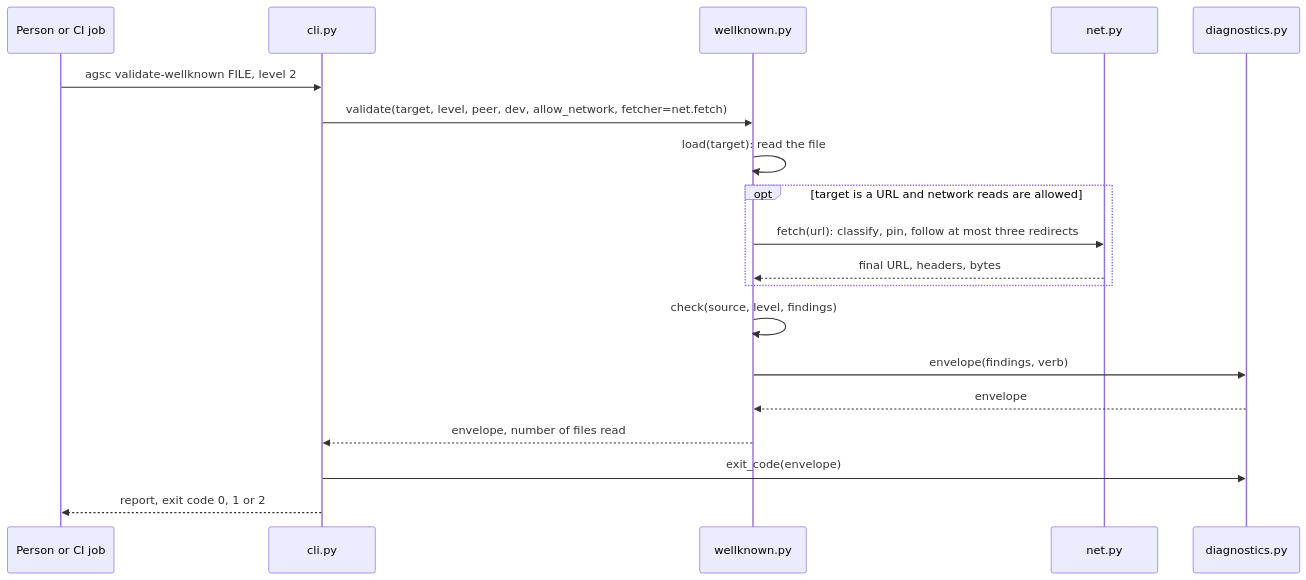
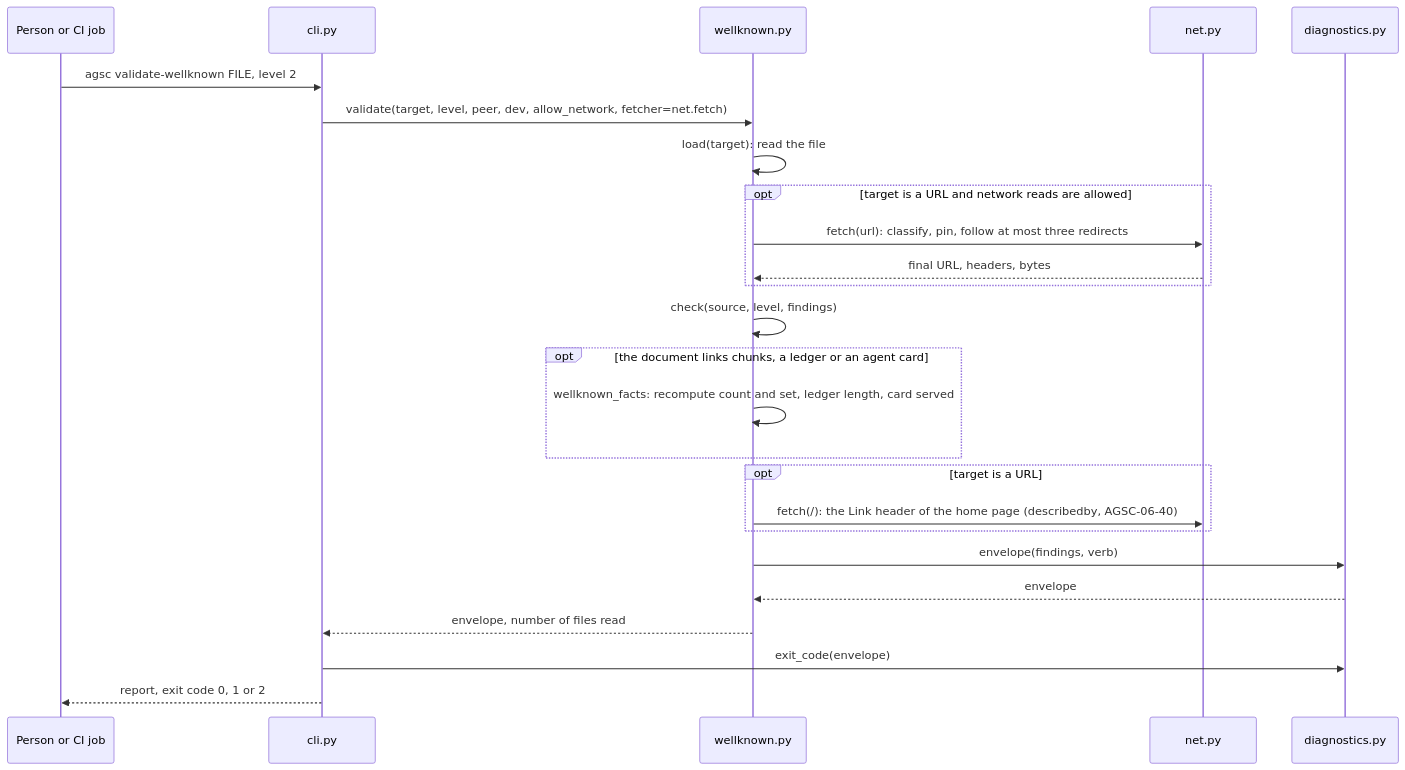
One commit to andreibesleaga/agentic-system-core-python changed the third of 3 diagrams in docs/ARCHITECTURE.md. Above: the diagram before and after it, drawn with Mermaid. The commit also changed other lines of this file and 87 other files, not shown here.

````diff
--- a/docs/ARCHITECTURE.md
+++ b/docs/ARCHITECTURE.md
@@ -96,21 +109,27 @@
 ```mermaid
 sequenceDiagram
     participant U as Person or CI job
     participant C as cli.py
     participant W as wellknown.py
     participant N as net.py
     participant D as diagnostics.py
     U->>C: agsc validate-wellknown FILE, level 2
     C->>W: validate(target, level, peer, dev, allow_network, fetcher=net.fetch)
     W->>W: load(target): read the file
     opt target is a URL and network reads are allowed
         W->>N: fetch(url): classify, pin, follow at most three redirects
         N-->>W: final URL, headers, bytes
     end
     W->>W: check(source, level, findings)
+    opt the document links chunks, a ledger or an agent card
+        W->>W: wellknown_facts: recompute count and set, ledger length, card served
+    end
+    opt target is a URL
+        W->>N: fetch(/): the Link header of the home page (describedby, AGSC-06-40)
+    end
     W->>D: envelope(findings, verb)
     D-->>W: envelope
     W-->>C: envelope, number of files read
     C->>D: exit_code(envelope)
     C-->>U: report, exit code 0, 1 or 2
 ```
````
